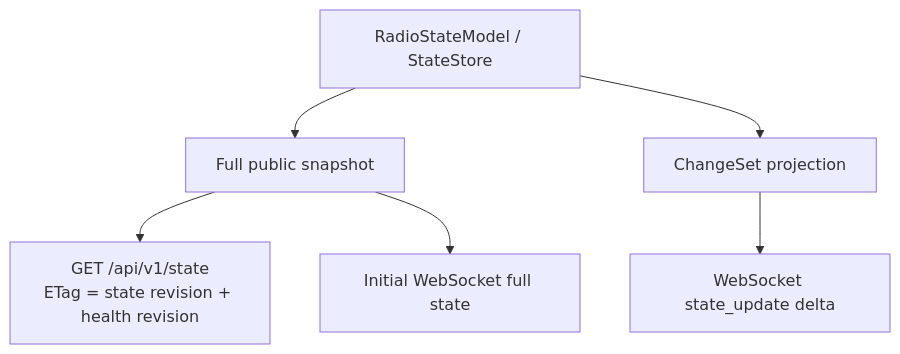
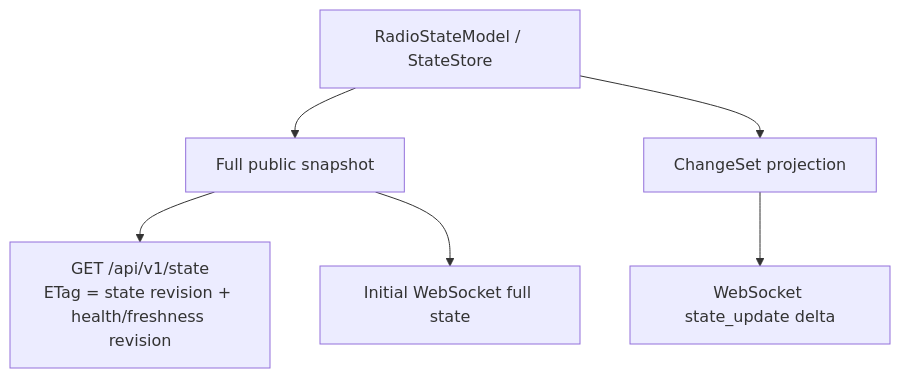
One commit to rigplane/rigplane-core changed the second of 3 diagrams in docs/superpowers/specs/2026-06-02-radio-state-pipeline-design.md. Above: the diagram before and after it, drawn with Mermaid. The commit also changed other lines of this file, not shown here.

Commit message:
docs: clarify state freshness semantics

````diff
--- a/docs/superpowers/specs/2026-06-02-radio-state-pipeline-design.md
+++ b/docs/superpowers/specs/2026-06-02-radio-state-pipeline-design.md
@@ -345,15 +379,15 @@
 ```mermaid
 flowchart TB
     STORE["RadioStateModel / StateStore"]
     SNAP["Full public snapshot"]
     DIFF["ChangeSet projection"]
-    HTTP["GET /api/v1/state\nETag = state revision + health revision"]
+    HTTP["GET /api/v1/state\nETag = state revision + health/freshness revision"]
     WS_INIT["Initial WebSocket full state"]
     WS_DELTA["WebSocket state_update delta"]
 
     STORE --> SNAP
     STORE --> DIFF
     SNAP --> HTTP
     SNAP --> WS_INIT
     DIFF --> WS_DELTA
 ```
````
